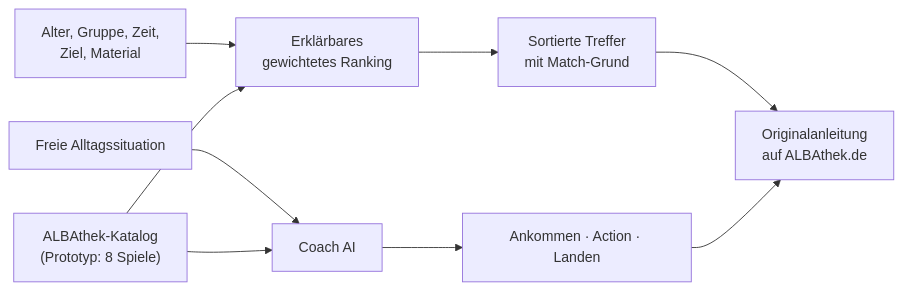
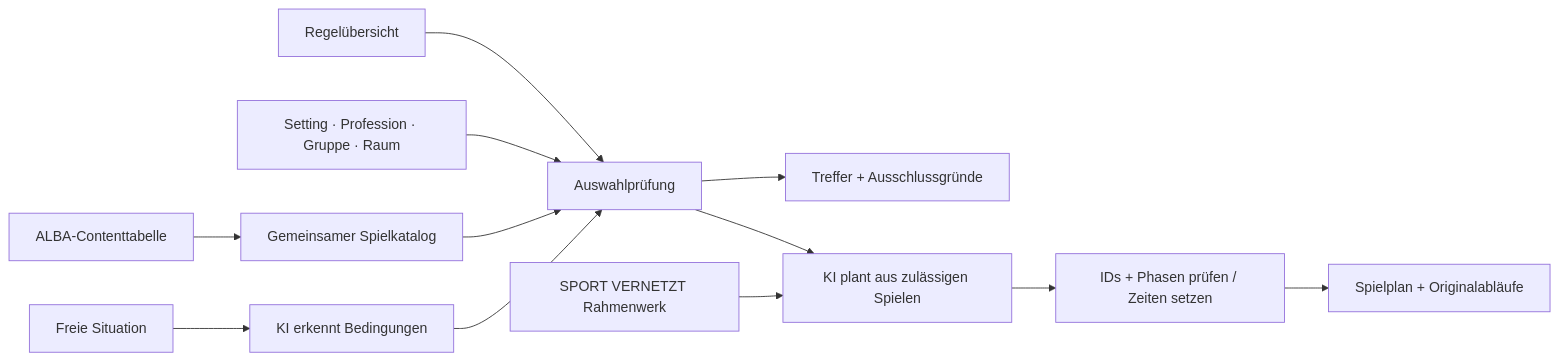
One commit to tobwil/CivicCoding-1 changed the diagram in README.md. Above: the diagram before and after it, drawn with Mermaid. The commit also changed other lines of this file and 15 other files, not shown here.

Commit message:
Integrate ALBA test games, setting rules and grounded coach planning

````diff
--- a/README.md
+++ b/README.md
@@ -55,11 +41,14 @@
 ```mermaid
 flowchart LR
-    A["Alter, Gruppe, Zeit,<br/>Ziel, Material"] --> B["Erklärbares<br/>gewichtetes Ranking"]
-    K["Freie Alltagssituation"] --> C["Coach AI"]
-    D["ALBAthek-Katalog<br/>(Prototyp: 8 Spiele)"] --> B
-    D --> C
-    B --> E["Sortierte Treffer<br/>mit Match-Grund"]
-    C --> F["Ankommen · Action · Landen"]
-    E --> G["Originalanleitung<br/>auf ALBAthek.de"]
-    F --> G
+    A["ALBA-Contenttabelle"] --> B["Gemeinsamer Spielkatalog"]
+    R["Regelübersicht"] --> F["Auswahlprüfung"]
+    U["Setting · Profession · Gruppe · Raum"] --> F
+    B --> F
+    F --> E["Treffer + Ausschlussgründe"]
+    P["Freie Situation"] --> X["KI erkennt Bedingungen"]
+    X --> F
+    F --> C["KI plant aus zulässigen Spielen"]
+    W["SPORT VERNETZT Rahmenwerk"] --> C
+    C --> V["IDs + Phasen prüfen / Zeiten setzen"]
+    V --> O["Spielplan + Originalabläufe"]
 ```
````
